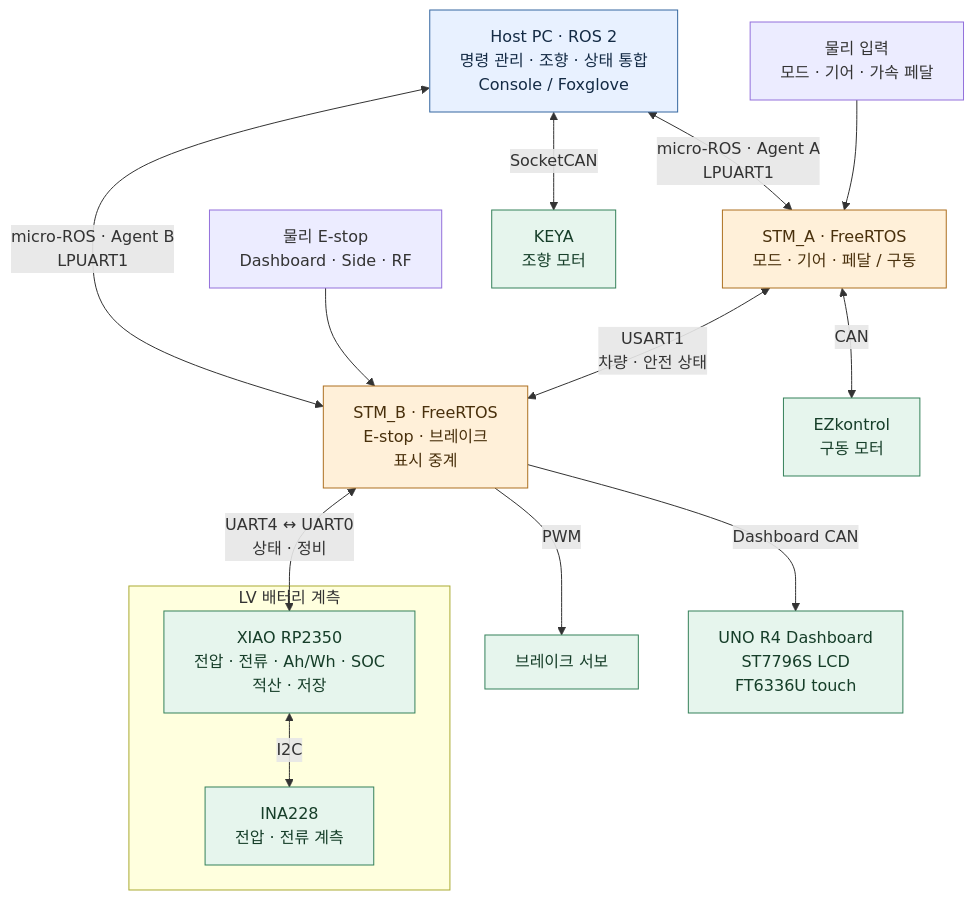
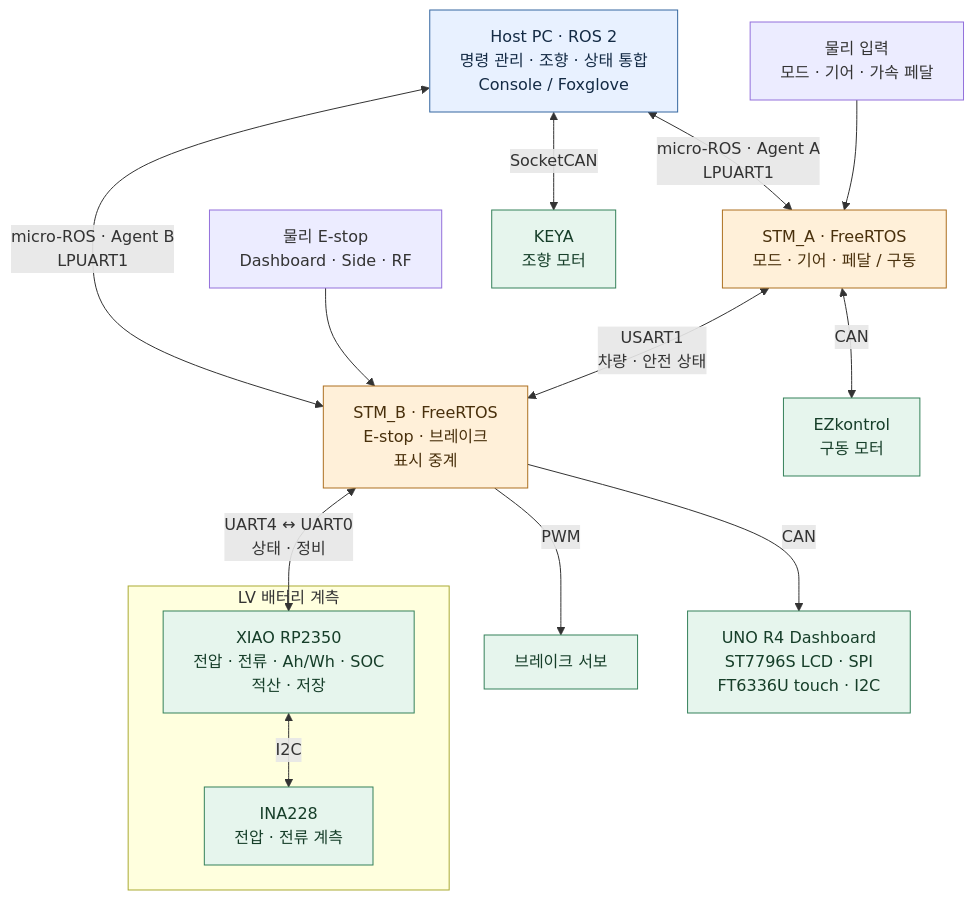
One commit to shinjuyeop/Control changed the diagram in README.md. Above: the diagram before and after it, drawn with Mermaid. The commit also changed other lines of this file, not shown here.

Commit message:
docs: clarify dashboard CAN SPI and I2C interfaces

````diff
--- a/README.md
+++ b/README.md
@@ -21,30 +21,30 @@
 ```mermaid
 flowchart TB
     Host["Host PC · ROS 2<br/>명령 관리 · 조향 · 상태 통합<br/>Console / Foxglove"]
 
     A["STM_A · FreeRTOS<br/>모드 · 기어 · 페달 / 구동"]
     B["STM_B · FreeRTOS<br/>E-stop · 브레이크<br/>표시 중계"]
     A <-->|"USART1<br/>차량 · 안전 상태"| B
 
     Inputs["물리 입력<br/>모드 · 기어 · 가속 페달"] --> A
     EStop["물리 E-stop<br/>Dashboard · Side · RF"] --> B
     Host <-->|"micro-ROS · Agent A<br/>LPUART1"| A
     Host <-->|"micro-ROS · Agent B<br/>LPUART1"| B
 
     A <-->|"CAN"| EZ["EZkontrol<br/>구동 모터"]
     B -->|"PWM"| Brake["브레이크 서보"]
     Host <-->|"SocketCAN"| KEYA["KEYA<br/>조향 모터"]
 
     subgraph Meter["LV 배터리 계측"]
         RP["XIAO RP2350<br/>전압 · 전류 · Ah/Wh · SOC<br/>적산 · 저장"] <-->|"I2C"| INA["INA228<br/>전압 · 전류 계측"]
     end
     B <-->|"UART4 ↔ UART0<br/>상태 · 정비"| RP
-    B -->|"Dashboard CAN"| UNO["UNO R4 Dashboard<br/>ST7796S LCD<br/>FT6336U touch"]
+    B -->|"CAN"| UNO["UNO R4 Dashboard<br/>ST7796S LCD · SPI<br/>FT6336U touch · I2C"]
 
     classDef host fill:#e8f1ff,stroke:#3567a0,color:#142b45
     classDef controller fill:#fff0d9,stroke:#ad7020,color:#49300c
     classDef peripheral fill:#e6f5ed,stroke:#35815a,color:#163e29
     class Host host
     class A,B controller
     class INA,RP,UNO,EZ,Brake,KEYA peripheral
 ```
````
